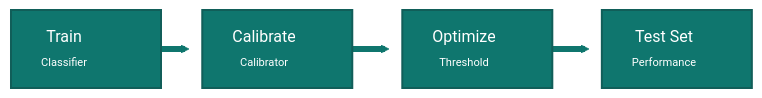
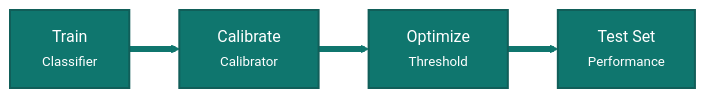
One commit to Pablo-Molla-Charlez/SecondaryModel changed the third of 4 diagrams in README.md. Above: the diagram before and after it, drawn with Mermaid. The commit also changed other lines of this file, not shown here.

````diff
--- a/README.md
+++ b/README.md
@@ -88,11 +88,11 @@
 ```mermaid
 %%{init: {'theme': 'base', 'themeVariables': { 'primaryColor': '#0f766e', 'primaryBorderColor': '#115e59', 'primaryTextColor': '#ffffff', 'secondaryColor': '#f59e0b', 'tertiaryColor': '#dbeafe', 'lineColor': '#0f172a', 'background': '#ffffff'}}}%%
 flowchart LR
-    A["Train<br/><small><small>Classifier</small></small>"] --> B["Calibrate<br/><small><small>Calibrator</small></small>"]
-    B --> C["Optimize<br/><small><small>Threshold</small></small>"]
-    D["Test Set<br/><small><small>Performance</small></small>"]
+    A["&nbsp;&nbsp;&nbsp;Train&nbsp;&nbsp;&nbsp;<br/><small>Classifier</small>"] --> B["&nbsp;&nbsp;Calibrate&nbsp;&nbsp;<br/><small>Calibrator</small>"]
+    B --> C["&nbsp;&nbsp;Optimize&nbsp;&nbsp;<br/><small>Threshold</small>"]
+    D["&nbsp;&nbsp;Test Set&nbsp;&nbsp;<br/><small>Performance</small>"]
     C --> D
-    classDef split fill:#0f766e,stroke:#115e59,color:#ffffff,stroke-width:2px,width:150px;
+    classDef split fill:#0f766e,stroke:#115e59,color:#ffffff,stroke-width:2px;
     class A,B,C,D split;
     linkStyle default stroke:#0f766e,stroke-width:6px;
 ```
````
